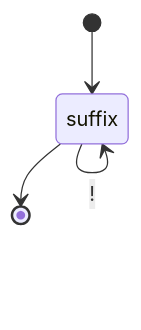
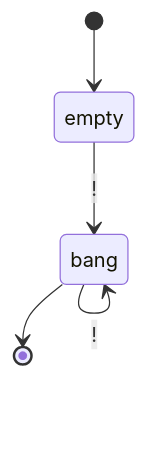
One commit to raganwald/raganwald.github.com changed diagram 15 of 32 in _posts/2019-09-21-recognizing-myself.md. Above: the diagram before and after it, drawn with Mermaid. The commit also changed other lines of this file and 5 other files, not shown here.

```diff
--- a/_posts/2019-09-21-recognizing-myself.md
+++ b/_posts/2019-09-21-recognizing-myself.md
@@ -956,6 +956,7 @@
 <div class="mermaid">
   stateDiagram
-    [*]-->suffix
-    suffix-->suffix : !
-    suffix-->[*]
+    [*]-->empty
+    empty-->bang : !
+    bang-->bang : !
+    bang-->[*]
 </div>
```
